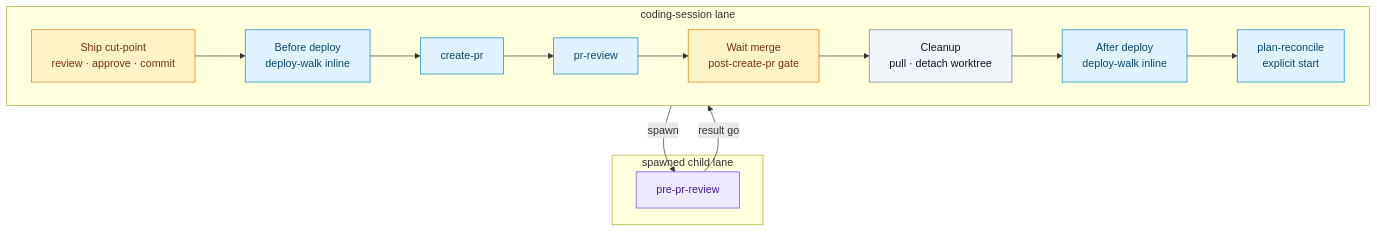
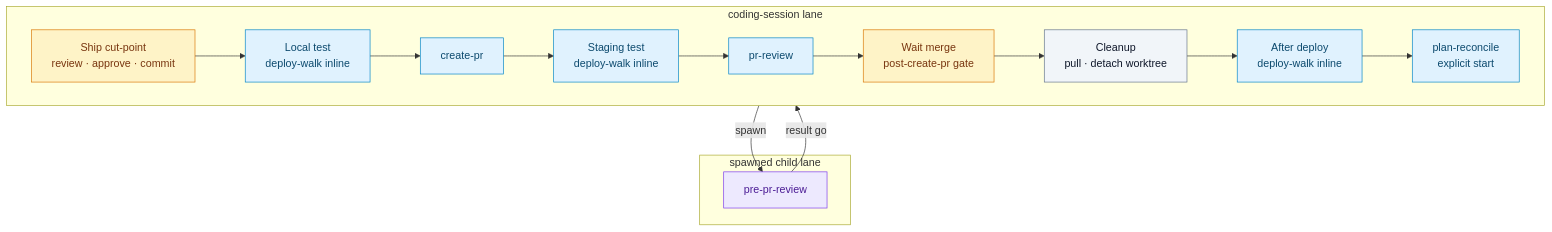
One commit to sedea-tapcart/research-and-development changed the third of 4 diagrams in docs/development-process.md. Above: the diagram before and after it, drawn with Mermaid. The commit also changed other lines of this file and 7 other files, not shown here.

First line of the commit message:
Split deploy test plan into Local and Staging test phases.

````diff
--- a/docs/development-process.md
+++ b/docs/development-process.md
@@ -506,28 +514,29 @@
 ```mermaid
 flowchart TB
  classDef inline fill:#e0f2fe,stroke:#0284c7,color:#0c4a6e
  classDef spawn fill:#ede9fe,stroke:#7c3aed,color:#4c1d95
  classDef gate fill:#fef3c7,stroke:#d97706,color:#78350f
  classDef proc fill:#f1f5f9,stroke:#64748b,color:#0f172a
 
  subgraph CS["coding-session lane"]
  direction LR
  CUT["Ship cut-point<br/>review · approve · commit"]:::gate
- BDW["Before deploy<br/>deploy-walk inline"]:::inline
+ LTW["Local test<br/>deploy-walk inline"]:::inline
  CPR["create-pr"]:::inline
+ STW["Staging test<br/>deploy-walk inline"]:::inline
  PRV["pr-review"]:::inline
  WAIT["Wait merge<br/>post-create-pr gate"]:::gate
  PMC["Cleanup<br/>pull · detach worktree"]:::proc
  ADW["After deploy<br/>deploy-walk inline"]:::inline
  REC["plan-reconcile<br/>explicit start"]:::inline
- CUT --> BDW --> CPR
- CPR --> PRV --> WAIT --> PMC --> ADW --> REC
+ CUT --> LTW --> CPR
+ CPR --> STW --> PRV --> WAIT --> PMC --> ADW --> REC
  end
 
  subgraph CHILD["spawned child lane"]
  PPR["pre-pr-review"]:::spawn
  end
 
- BDW -->|spawn| PPR
+ LTW -->|spawn| PPR
  PPR -->|result go| CPR
 ```
````
